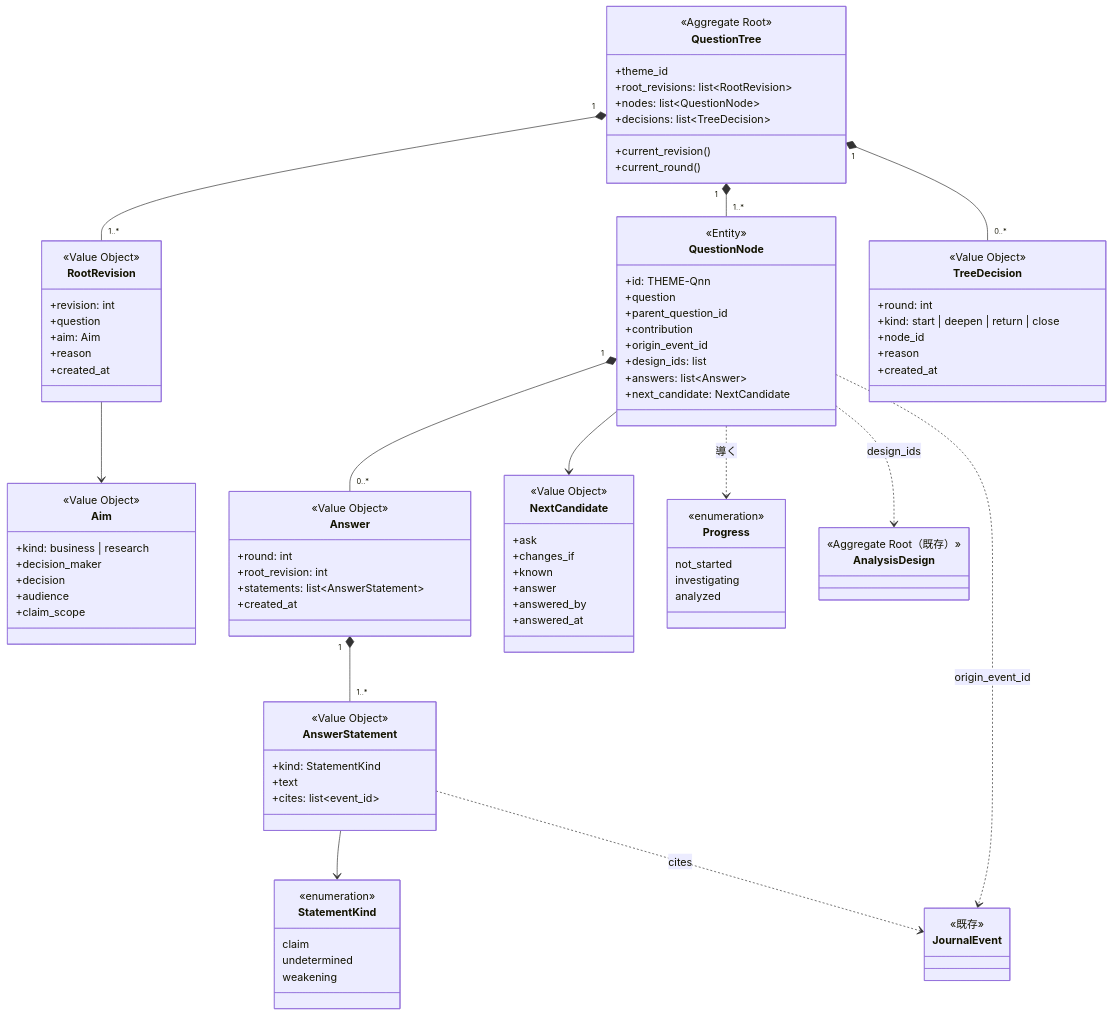
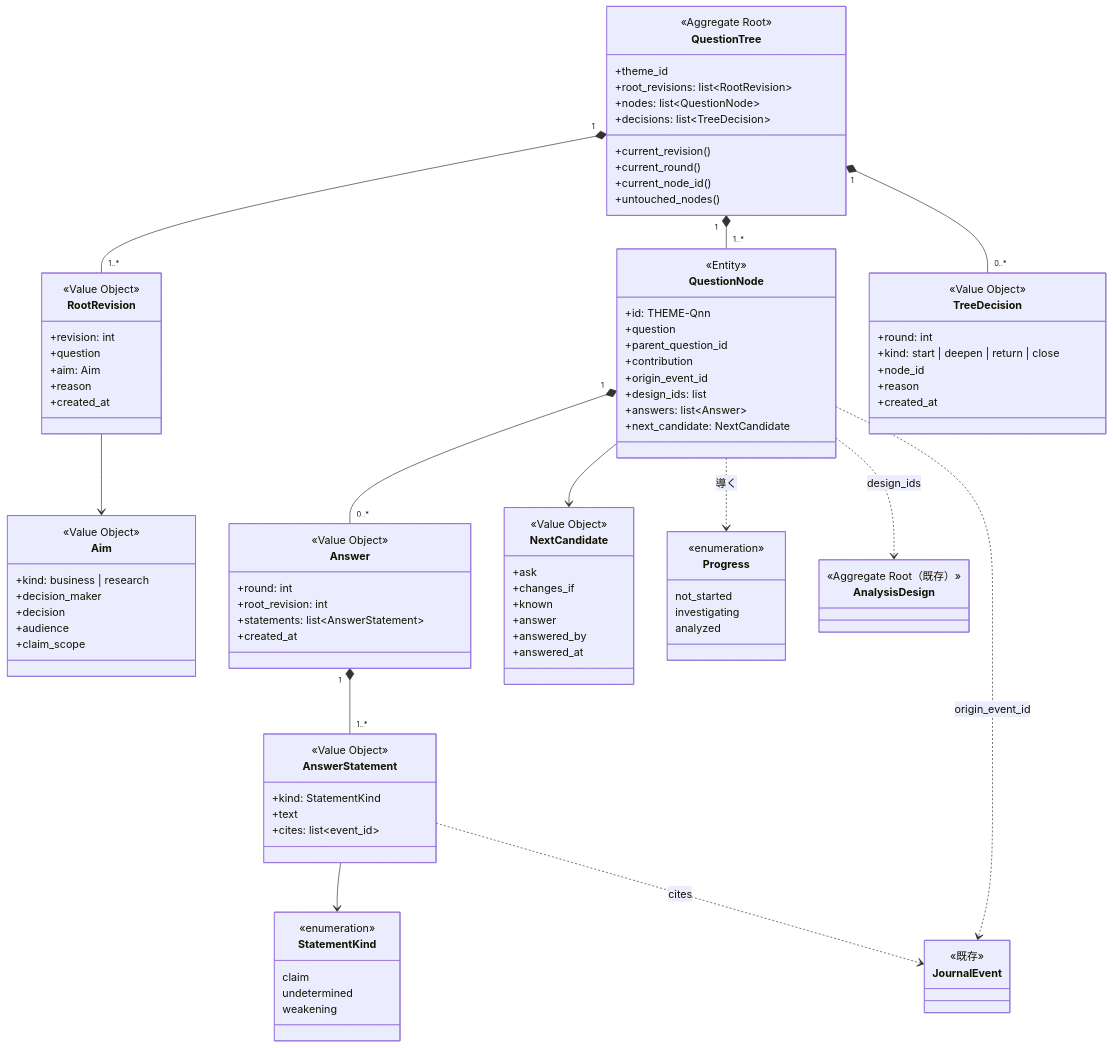
Before and after one commit to etoyama/insight-blueprint-skills: the second of 3 diagrams in docs/design/epic-18-question-tree.md, drawn with Mermaid. The commit also changed other lines of this file and 5 other files, not shown here.

Commit message:
docs(epic-18): Story 18.5 の決定、ADR-0028（hearing）、Test Design Matrix、Story Timeline、用語と CHANGELOG を更新する（#126）

```diff
--- a/docs/design/epic-18-question-tree.md
+++ b/docs/design/epic-18-question-tree.md
@@ -232,6 +231,8 @@
         +decisions: list~TreeDecision~
         +current_revision()
         +current_round()
+        +current_node_id()
+        +untouched_nodes()
     }
     class RootRevision {
         <<Value Object>>
```
